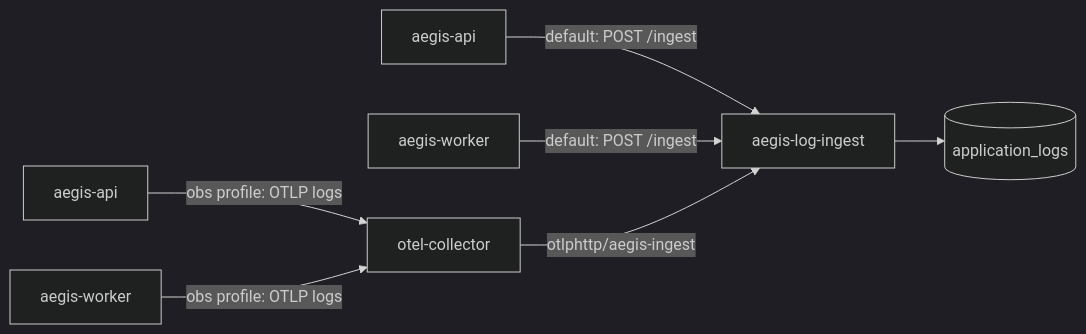
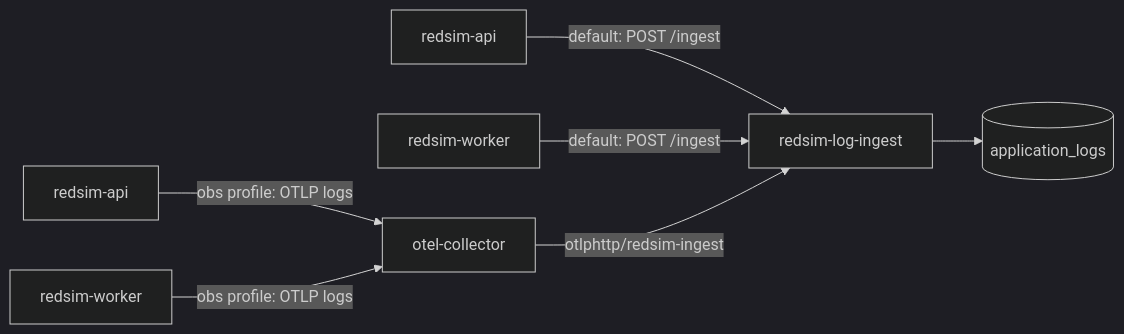
Before and after one commit to IntelliBridge/ndia-red-team-simulator: the third of 5 diagrams in docs/architecture/observability.md, drawn with Mermaid (dark theme). The commit also changed other lines of this file and 27 other files, not shown here.

````diff
--- a/docs/architecture/observability.md
+++ b/docs/architecture/observability.md
@@ -111,11 +111,11 @@
 ```mermaid
 flowchart LR
-  apiA["aegis-api"] -- "default: POST /ingest" --> LI["aegis-log-ingest"]
-  workerA["aegis-worker"] -- "default: POST /ingest" --> LI
+  apiA["redsim-api"] -- "default: POST /ingest" --> LI["redsim-log-ingest"]
+  workerA["redsim-worker"] -- "default: POST /ingest" --> LI
 
-  apiB["aegis-api"] -- "obs profile: OTLP logs" --> COL["otel-collector"]
-  workerB["aegis-worker"] -- "obs profile: OTLP logs" --> COL
-  COL -- "otlphttp/aegis-ingest" --> LI
+  apiB["redsim-api"] -- "obs profile: OTLP logs" --> COL["otel-collector"]
+  workerB["redsim-worker"] -- "obs profile: OTLP logs" --> COL
+  COL -- "otlphttp/redsim-ingest" --> LI
 
   LI --> pg[("application_logs")]
 ```
````
